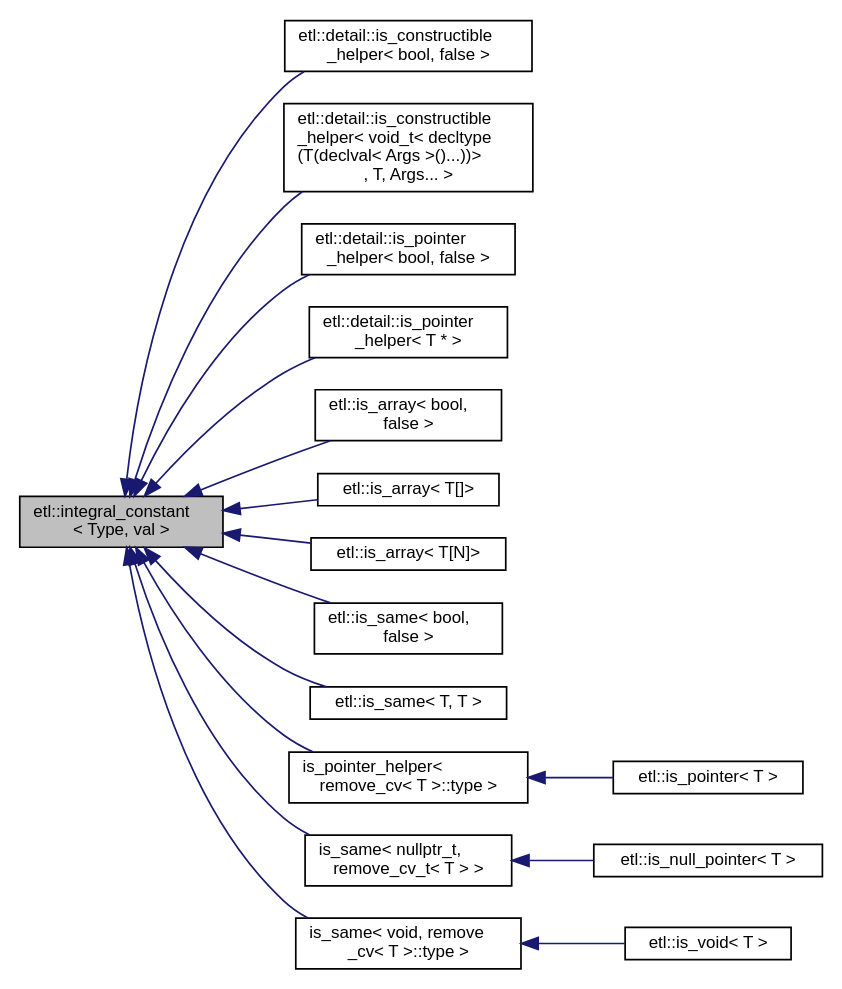
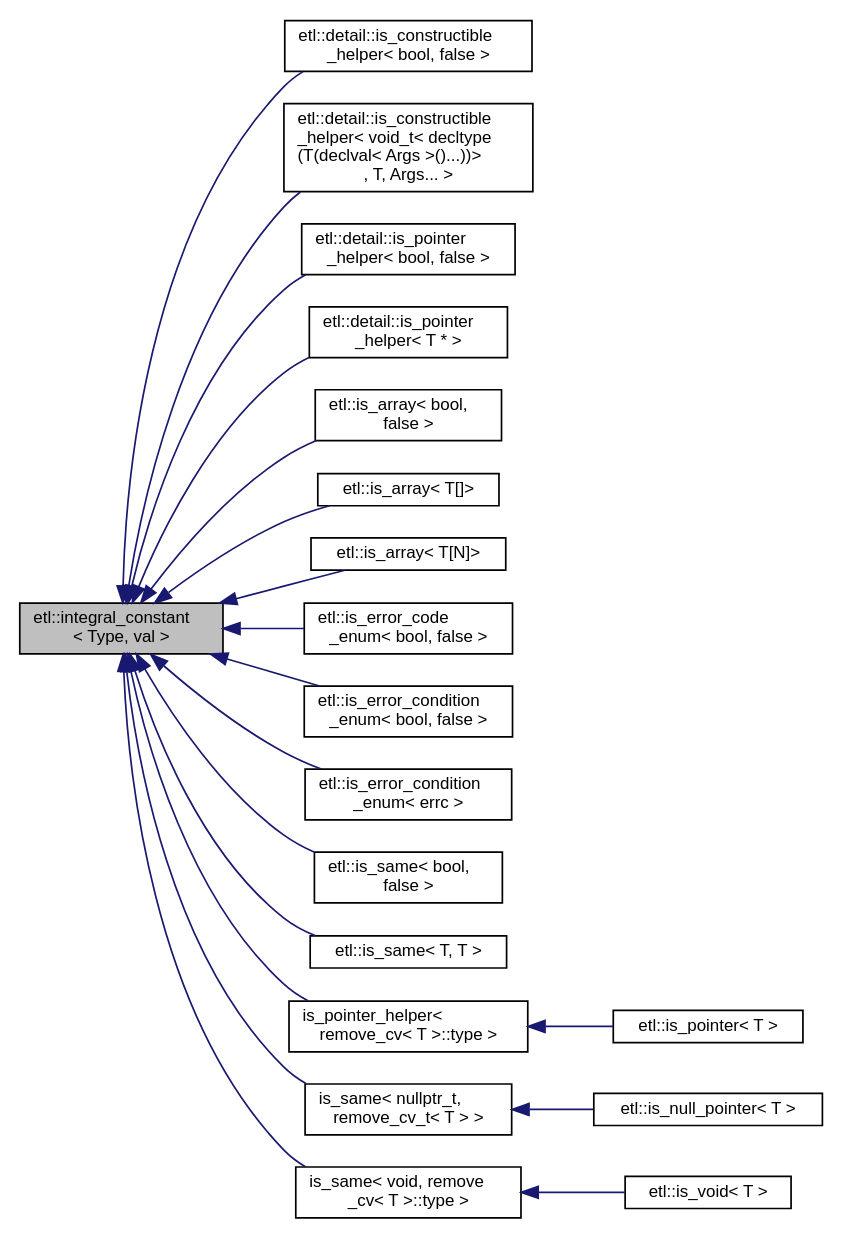
The diagram in structetl_1_1integral__constant__inherit__graph.dot (tobanteAudio/taetl), drawn with Graphviz before and after one commit. The commit also changed 97 other files, not shown here.

```diff
--- a/structetl_1_1integral__constant__inherit__graph.dot
+++ b/structetl_1_1integral__constant__inherit__graph.dot
@@ -1,37 +1,43 @@
 digraph "etl::integral_constant&lt; Type, val &gt;"
 {
   edge [fontname="Helvetica",fontsize="10",labelfontname="Helvetica",labelfontsize="10"];
   node [fontname="Helvetica",fontsize="10",shape=record];
   rankdir="LR";
   Node0 [label="etl::integral_constant\l\< Type, val \>",height=0.2,width=0.4,color="black", fillcolor="grey75", style="filled", fontcolor="black"];
   Node0 -> Node1 [dir="back",color="midnightblue",fontsize="10",style="solid",fontname="Helvetica"];
   Node1 [label="etl::detail::is_constructible\l_helper\< bool, false \>",height=0.2,width=0.4,color="black", fillcolor="white", style="filled",URL="$structetl_1_1detail_1_1is__constructible__helper.html"];
   Node0 -> Node2 [dir="back",color="midnightblue",fontsize="10",style="solid",fontname="Helvetica"];
   Node2 [label="etl::detail::is_constructible\l_helper\< void_t\< decltype\l(T(declval\< Args \>()...))\>\l, T, Args... \>",height=0.2,width=0.4,color="black", fillcolor="white", style="filled",URL="$structetl_1_1detail_1_1is__constructible__helper_3_01void__t_3_01decltype_07T_07declval_3_01Argsa80037a39bb9e756040a068d64e78d77.html"];
   Node0 -> Node3 [dir="back",color="midnightblue",fontsize="10",style="solid",fontname="Helvetica"];
   Node3 [label="etl::detail::is_pointer\l_helper\< bool, false \>",height=0.2,width=0.4,color="black", fillcolor="white", style="filled",URL="$structetl_1_1detail_1_1is__pointer__helper.html"];
   Node0 -> Node4 [dir="back",color="midnightblue",fontsize="10",style="solid",fontname="Helvetica"];
   Node4 [label="etl::detail::is_pointer\l_helper\< T * \>",height=0.2,width=0.4,color="black", fillcolor="white", style="filled",URL="$structetl_1_1detail_1_1is__pointer__helper_3_01T_01_5_01_4.html"];
   Node0 -> Node5 [dir="back",color="midnightblue",fontsize="10",style="solid",fontname="Helvetica"];
   Node5 [label="etl::is_array\< bool,\l false \>",height=0.2,width=0.4,color="black", fillcolor="white", style="filled",URL="$structetl_1_1is__array.html"];
   Node0 -> Node6 [dir="back",color="midnightblue",fontsize="10",style="solid",fontname="Helvetica"];
   Node6 [label="etl::is_array\< T[]\>",height=0.2,width=0.4,color="black", fillcolor="white", style="filled",URL="$structetl_1_1is__array_3_01T[]_4.html"];
   Node0 -> Node7 [dir="back",color="midnightblue",fontsize="10",style="solid",fontname="Helvetica"];
   Node7 [label="etl::is_array\< T[N]\>",height=0.2,width=0.4,color="black", fillcolor="white", style="filled",URL="$structetl_1_1is__array_3_01T[N]_4.html"];
   Node0 -> Node8 [dir="back",color="midnightblue",fontsize="10",style="solid",fontname="Helvetica"];
-  Node8 [label="etl::is_same\< bool,\l false \>",height=0.2,width=0.4,color="black", fillcolor="white", style="filled",URL="$structetl_1_1is__same.html",tooltip="If T and U name the same type (taking into account const/volatile qualifications), provides the member constant value equal to true. Otherwise value is false. "];
+  Node8 [label="etl::is_error_code\l_enum\< bool, false \>",height=0.2,width=0.4,color="black", fillcolor="white", style="filled",URL="$structetl_1_1is__error__code__enum.html"];
   Node0 -> Node9 [dir="back",color="midnightblue",fontsize="10",style="solid",fontname="Helvetica"];
-  Node9 [label="etl::is_same\< T, T \>",height=0.2,width=0.4,color="black", fillcolor="white", style="filled",URL="$structetl_1_1is__same_3_01T_00_01T_01_4.html"];
+  Node9 [label="etl::is_error_condition\l_enum\< bool, false \>",height=0.2,width=0.4,color="black", fillcolor="white", style="filled",URL="$structetl_1_1is__error__condition__enum.html"];
   Node0 -> Node10 [dir="back",color="midnightblue",fontsize="10",style="solid",fontname="Helvetica"];
-  Node10 [label="is_pointer_helper\<\l remove_cv\< T \>::type \>",height=0.2,width=0.4,color="black", fillcolor="white", style="filled",URL="$structetl_1_1detail_1_1is__pointer__helper.html"];
-  Node10 -> Node11 [dir="back",color="midnightblue",fontsize="10",style="solid",fontname="Helvetica"];
-  Node11 [label="etl::is_pointer\< T \>",height=0.2,width=0.4,color="black", fillcolor="white", style="filled",URL="$structetl_1_1is__pointer.html"];
+  Node10 [label="etl::is_error_condition\l_enum\< errc \>",height=0.2,width=0.4,color="black", fillcolor="white", style="filled",URL="$structetl_1_1is__error__condition__enum_3_01errc_01_4.html"];
+  Node0 -> Node11 [dir="back",color="midnightblue",fontsize="10",style="solid",fontname="Helvetica"];
+  Node11 [label="etl::is_same\< bool,\l false \>",height=0.2,width=0.4,color="black", fillcolor="white", style="filled",URL="$structetl_1_1is__same.html",tooltip="If T and U name the same type (taking into account const/volatile qualifications), provides the member constant value equal to true. Otherwise value is false. "];
   Node0 -> Node12 [dir="back",color="midnightblue",fontsize="10",style="solid",fontname="Helvetica"];
-  Node12 [label="is_same\< nullptr_t,\l remove_cv_t\< T \> \>",height=0.2,width=0.4,color="black", fillcolor="white", style="filled",URL="$structetl_1_1is__same.html"];
-  Node12 -> Node13 [dir="back",color="midnightblue",fontsize="10",style="solid",fontname="Helvetica"];
-  Node13 [label="etl::is_null_pointer\< T \>",height=0.2,width=0.4,color="black", fillcolor="white", style="filled",URL="$structetl_1_1is__null__pointer.html"];
-  Node0 -> Node14 [dir="back",color="midnightblue",fontsize="10",style="solid",fontname="Helvetica"];
-  Node14 [label="is_same\< void, remove\l_cv\< T \>::type \>",height=0.2,width=0.4,color="black", fillcolor="white", style="filled",URL="$structetl_1_1is__same.html"];
-  Node14 -> Node15 [dir="back",color="midnightblue",fontsize="10",style="solid",fontname="Helvetica"];
-  Node15 [label="etl::is_void\< T \>",height=0.2,width=0.4,color="black", fillcolor="white", style="filled",URL="$structetl_1_1is__void.html",tooltip="Define a member typedef only if a boolean constant is true. "];
+  Node12 [label="etl::is_same\< T, T \>",height=0.2,width=0.4,color="black", fillcolor="white", style="filled",URL="$structetl_1_1is__same_3_01T_00_01T_01_4.html"];
+  Node0 -> Node13 [dir="back",color="midnightblue",fontsize="10",style="solid",fontname="Helvetica"];
+  Node13 [label="is_pointer_helper\<\l remove_cv\< T \>::type \>",height=0.2,width=0.4,color="black", fillcolor="white", style="filled",URL="$structetl_1_1detail_1_1is__pointer__helper.html"];
+  Node13 -> Node14 [dir="back",color="midnightblue",fontsize="10",style="solid",fontname="Helvetica"];
+  Node14 [label="etl::is_pointer\< T \>",height=0.2,width=0.4,color="black", fillcolor="white", style="filled",URL="$structetl_1_1is__pointer.html"];
+  Node0 -> Node15 [dir="back",color="midnightblue",fontsize="10",style="solid",fontname="Helvetica"];
+  Node15 [label="is_same\< nullptr_t,\l remove_cv_t\< T \> \>",height=0.2,width=0.4,color="black", fillcolor="white", style="filled",URL="$structetl_1_1is__same.html"];
+  Node15 -> Node16 [dir="back",color="midnightblue",fontsize="10",style="solid",fontname="Helvetica"];
+  Node16 [label="etl::is_null_pointer\< T \>",height=0.2,width=0.4,color="black", fillcolor="white", style="filled",URL="$structetl_1_1is__null__pointer.html"];
+  Node0 -> Node17 [dir="back",color="midnightblue",fontsize="10",style="solid",fontname="Helvetica"];
+  Node17 [label="is_same\< void, remove\l_cv\< T \>::type \>",height=0.2,width=0.4,color="black", fillcolor="white", style="filled",URL="$structetl_1_1is__same.html"];
+  Node17 -> Node18 [dir="back",color="midnightblue",fontsize="10",style="solid",fontname="Helvetica"];
+  Node18 [label="etl::is_void\< T \>",height=0.2,width=0.4,color="black", fillcolor="white", style="filled",URL="$structetl_1_1is__void.html",tooltip="Define a member typedef only if a boolean constant is true. "];
 }
```
